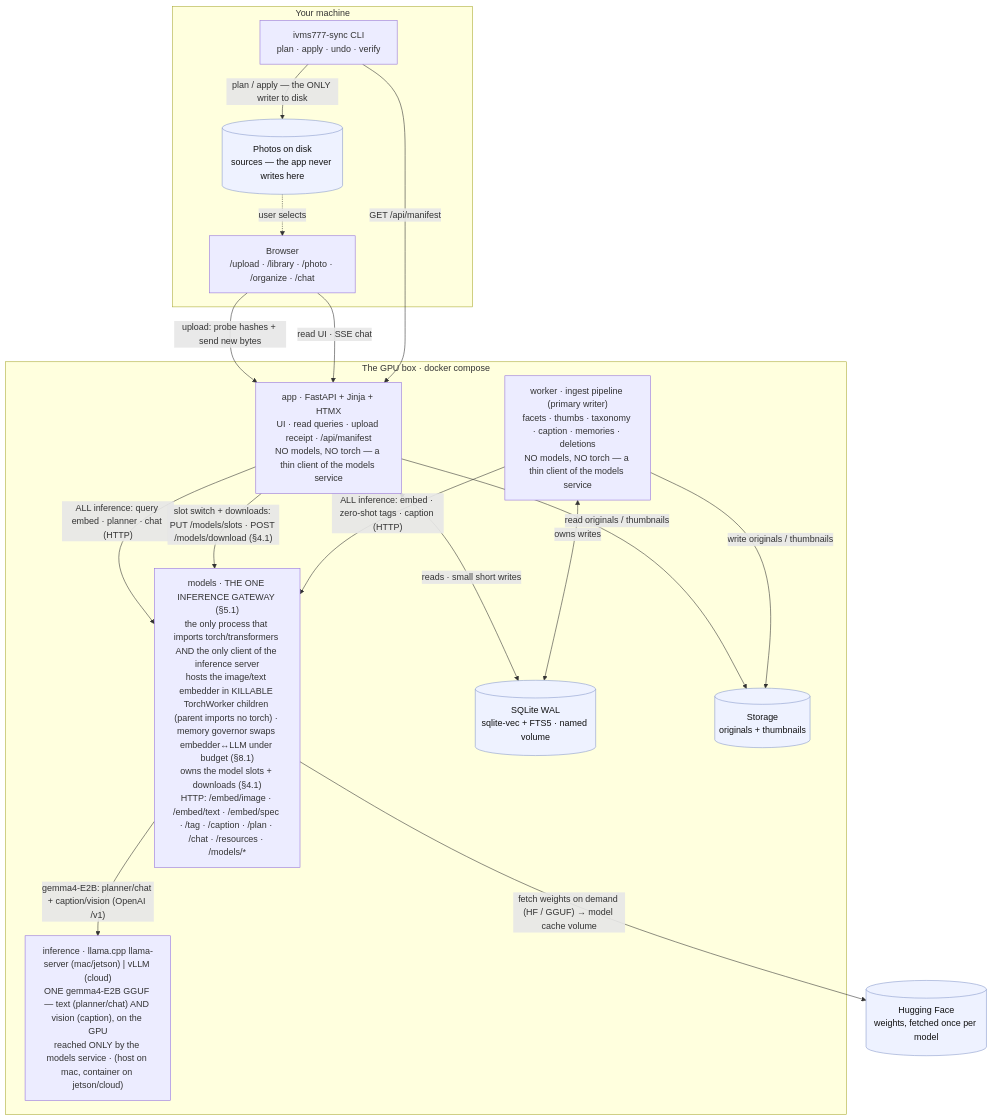
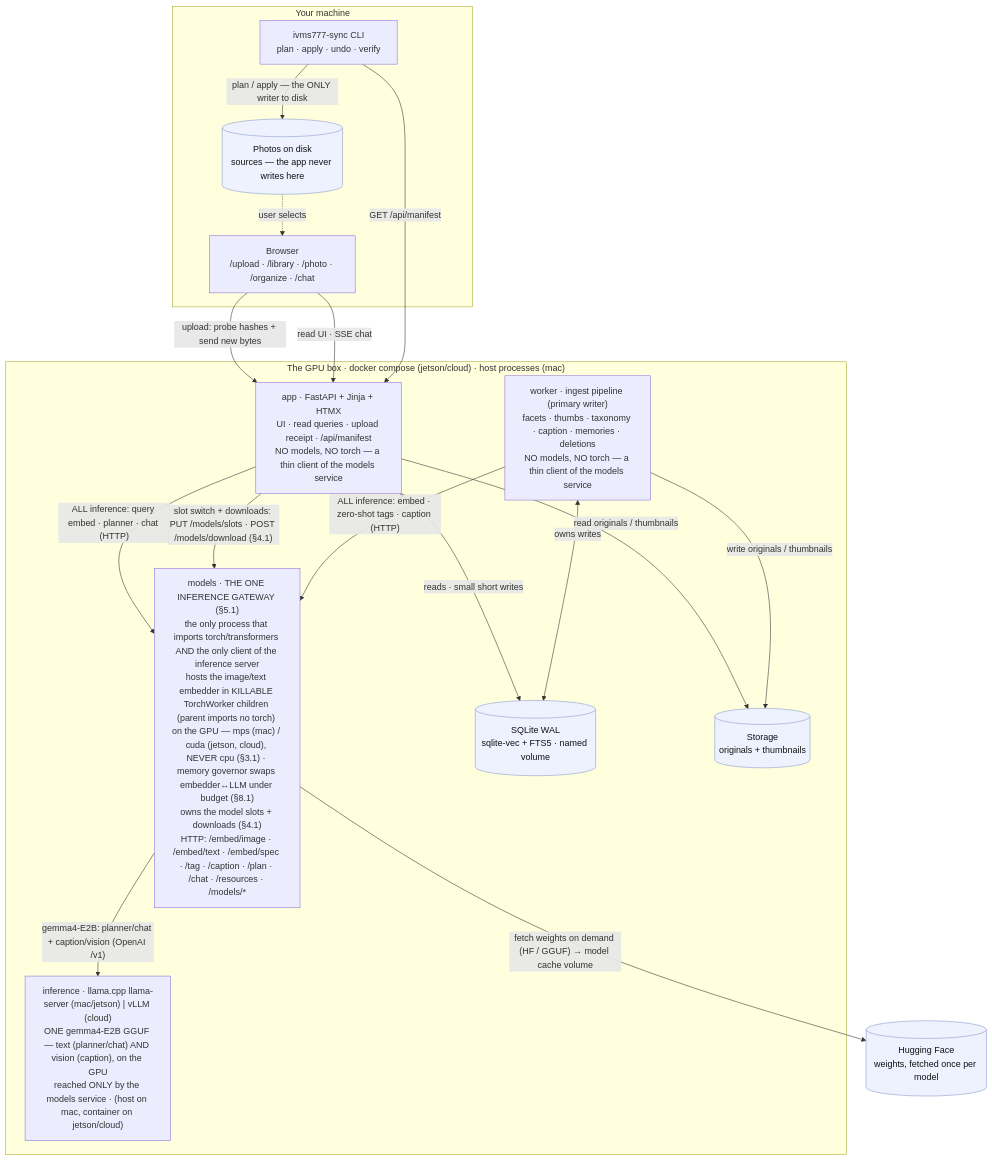
One commit to sadensmol/ivms777 changed the first of 6 diagrams in docs/design.md. Above: the diagram before and after it, drawn with Mermaid. The commit also changed other lines of this file and 72 other files, not shown here.

````diff
--- a/docs/design.md
+++ b/docs/design.md
@@ -396,37 +423,37 @@
 ```mermaid
 flowchart TB
     subgraph machine["Your machine"]
         disk[("Photos on disk<br/>sources — the app never writes here")]
         browser["Browser<br/>/upload · /library · /photo · /organize · /chat"]
         sync["ivms777-sync CLI<br/>plan · apply · undo · verify"]
     end
 
-    subgraph gpu["The GPU box · docker compose"]
+    subgraph gpu["The GPU box · docker compose (jetson/cloud) · host processes (mac)"]
         app["app · FastAPI + Jinja + HTMX<br/>UI · read queries · upload receipt · /api/manifest<br/>NO models, NO torch — a thin client of the models service"]
         worker["worker · ingest pipeline (primary writer)<br/>facets · thumbs · taxonomy · caption · memories · deletions<br/>NO models, NO torch — a thin client of the models service"]
-        models["models · THE ONE INFERENCE GATEWAY (§5.1)<br/>the only process that imports torch/transformers AND the only client of the inference server<br/>hosts the image/text embedder in KILLABLE TorchWorker children (parent imports no torch) · memory governor swaps embedder↔LLM under budget (§8.1)<br/>owns the model slots + downloads (§4.1)<br/>HTTP: /embed/image · /embed/text · /embed/spec · /tag · /caption · /plan · /chat · /resources · /models/*"]
+        models["models · THE ONE INFERENCE GATEWAY (§5.1)<br/>the only process that imports torch/transformers AND the only client of the inference server<br/>hosts the image/text embedder in KILLABLE TorchWorker children (parent imports no torch) on the GPU — mps (mac) / cuda (jetson, cloud), NEVER cpu (§3.1) · memory governor swaps embedder↔LLM under budget (§8.1)<br/>owns the model slots + downloads (§4.1)<br/>HTTP: /embed/image · /embed/text · /embed/spec · /tag · /caption · /plan · /chat · /resources · /models/*"]
         infer["inference · llama.cpp llama-server (mac/jetson) | vLLM (cloud)<br/>ONE gemma4-E2B GGUF — text (planner/chat) AND vision (caption), on the GPU<br/>reached ONLY by the models service · (host on mac, container on jetson/cloud)"]
         db[("SQLite WAL<br/>sqlite-vec + FTS5 · named volume")]
         store[("Storage<br/>originals + thumbnails")]
     end
 
     disk -.->|user selects| browser
     browser -->|"upload: probe hashes + send new bytes"| app
     browser -->|"read UI · SSE chat"| app
     sync -->|"GET /api/manifest"| app
     sync -->|"plan / apply — the ONLY writer to disk"| disk
 
     app <-->|"reads · small short writes"| db
     worker <-->|"owns writes"| db
     app -->|"read originals / thumbnails"| store
     worker -->|"write originals / thumbnails"| store
 
     app -->|"ALL inference: query embed · planner · chat (HTTP)"| models
     app -->|"slot switch + downloads: PUT /models/slots · POST /models/download (§4.1)"| models
     worker -->|"ALL inference: embed · zero-shot tags · caption (HTTP)"| models
     models -->|"gemma4-E2B: planner/chat + caption/vision (OpenAI /v1)"| infer
     models -->|"fetch weights on demand (HF / GGUF) → model cache volume"| hf[("Hugging Face<br/>weights, fetched once per model")]
 
     classDef store fill:#eef2ff,stroke:#8899cc,color:#111;
     class db,store,disk,hf store;
 ```
````
